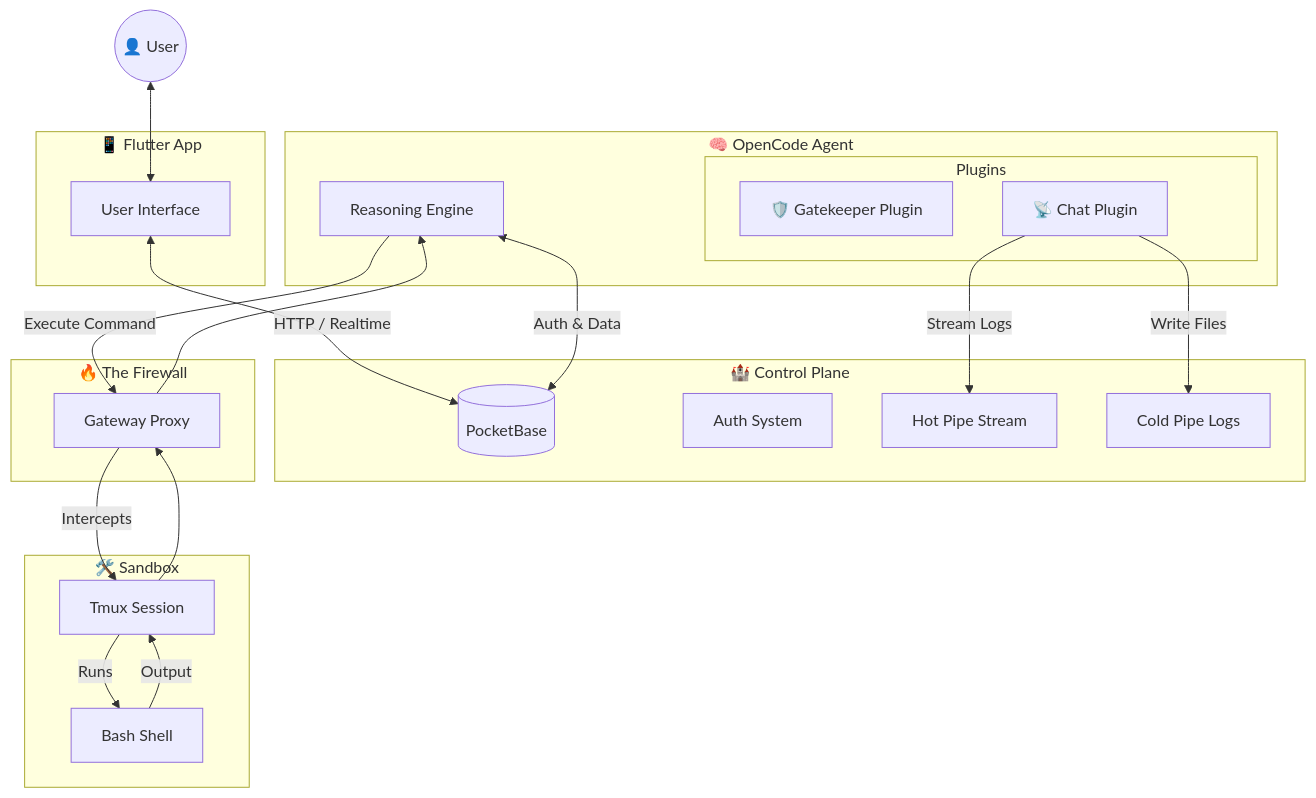
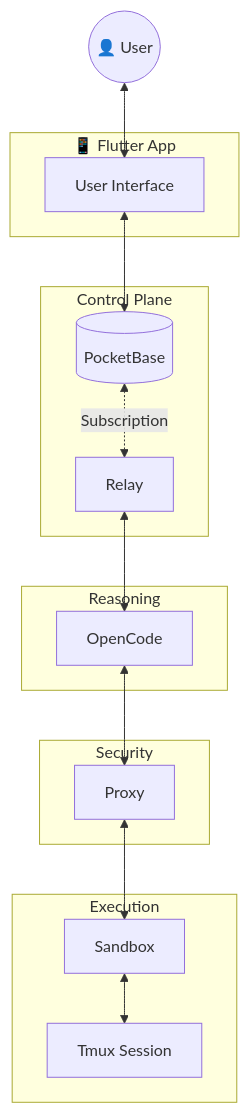
The diagram in README.md (qtpi-bonding-org/pocketcoder), drawn with Mermaid before and after one commit. The commit also changed other lines of this file and 17 other files, not shown here.

Commit message:
docs: update architecture, readme, and development guides. stabilize sovereign loop. all tests pass.

````diff
--- a/README.md
+++ b/README.md
@@ -36,45 +49,36 @@
 ```mermaid
 graph TD
     User((👤 User))
     subgraph Client ["📱 Flutter App"]
         UI[User Interface]
     end
 
-    subgraph Core ["🏰 Control Plane"]
+    subgraph ControlPlane ["Control Plane"]
         PB[(PocketBase)]
-        Auth[Auth System]
-        Stream[Hot Pipe Stream]
-        ColdPipe[Cold Pipe Logs]
+        Relay[Relay]
     end
 
-    subgraph Brain ["🧠 OpenCode Agent"]
-        Logic[Reasoning Engine]
-        subgraph Plugins
-            Gatekeeper[🛡️ Gatekeeper Plugin]
-            Comms[📡 Chat Plugin]
-        end
+    subgraph Reasoning ["Reasoning"]
+        OC[OpenCode]
     end
 
-    subgraph Security ["🔥 The Firewall"]
-        Gateway[Gateway Proxy]
+    subgraph Security ["Security"]
+        Proxy[Proxy]
     end
 
-    subgraph Hands ["🛠️ Sandbox"]
+    subgraph Execution ["Execution"]
+        SB[Sandbox]
         Tmux[Tmux Session]
-        Shell[Bash Shell]
     end
 
     %% Flows
     User <--> UI
-    UI <-->|"HTTP / Realtime"| PB
+    UI <--> PB
     
-    Logic <-->|"Auth & Data"| PB
-    Comms -->|"Stream Logs"| Stream
-    Comms -->|"Write Files"| ColdPipe
-
-    Logic -->|"Execute Command"| Gateway
-    Gateway --"Intercepts"--> Tmux
-    Tmux --"Runs"--> Shell
-    Shell --"Output"--> Tmux
-    Tmux --> Gateway --> Logic
+    PB <-. Subscription .-> Relay
+    Relay <--> OC
+    
+    OC <--> Proxy
+    Proxy <--> SB
+    SB <--> Tmux
 ```
````
